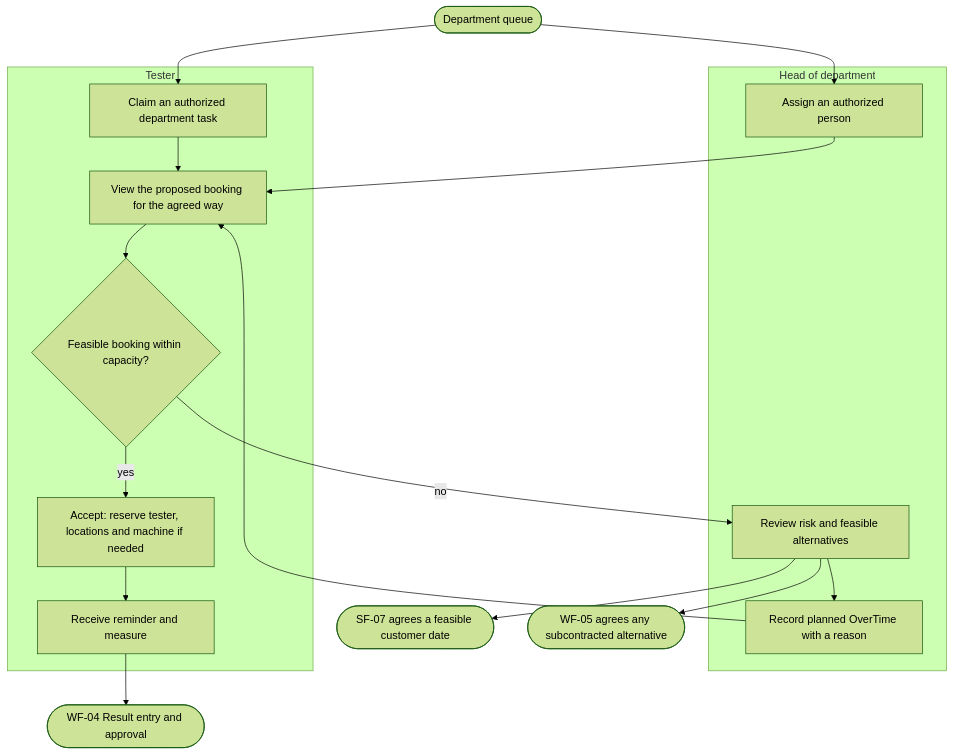
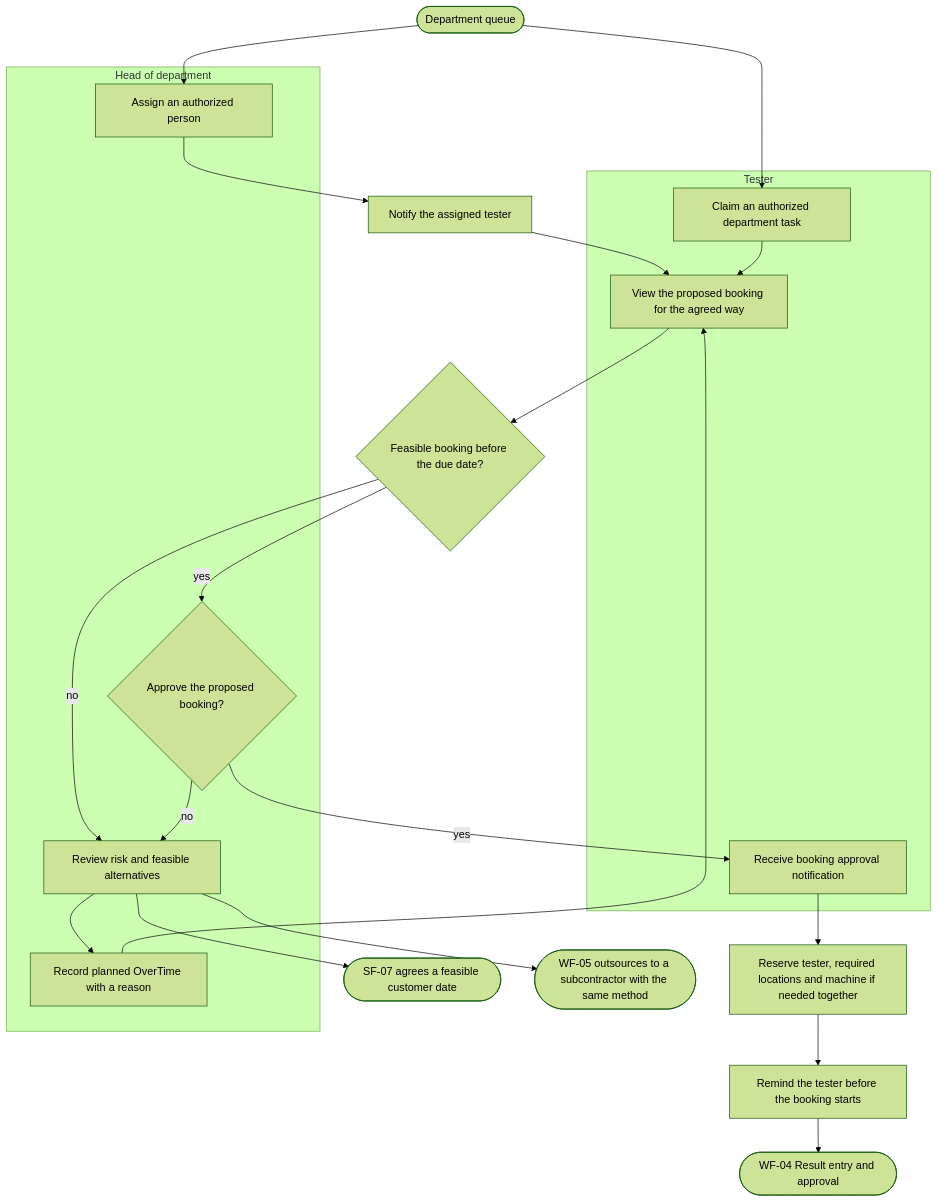
One commit to SoltuneMontepre/medilab changed the third of 17 diagrams in docs/functional/business-flows.md. Above: the diagram before and after it, drawn with Mermaid (forest theme). The commit also changed other lines of this file and 122 other files, not shown here.

First line of the commit message:
[docs] Align the requirements with the final activity diagrams and BM04 v1.1 (#551)

````diff
--- a/docs/functional/business-flows.md
+++ b/docs/functional/business-flows.md
@@ -137,21 +147,25 @@
 ```mermaid
 flowchart TD
     subgraph lane8 ["Head of department"]
         h1[Assign an authorized person]
+        approve{Approve the proposed booking?}
         h2[Review risk and feasible alternatives]
         h3[Record planned OverTime with a reason]
     end
     subgraph lane9 ["Tester"]
         t1[Claim an authorized department task]
-        t2[View the proposed booking for the agreed way] --> t3{Feasible booking within capacity?}
-        t3 -->|yes| t4[Accept: reserve tester, locations and machine if needed]
-        t4 --> t5[Receive reminder and measure]
+        t2[View the proposed booking for the agreed way]
+        t4[Receive booking approval notification]
     end
-    queue([Department queue]) --> h1 --> t2
+    queue([Department queue]) --> h1 --> notify[Notify the assigned tester] --> t2
     queue --> t1 --> t2
-    t3 -->|no| h2
+    t2 --> feasible{Feasible booking before the due date?}
+    feasible -->|yes| approve
+    feasible -->|no| h2
+    approve -->|yes| t4 --> reserve[Reserve tester, required locations and machine if needed together]
+    approve -->|no| h2
     h2 --> h3 --> t2
     h2 --> dates([SF-07 agrees a feasible customer date])
-    h2 --> outsource([WF-05 agrees any subcontracted alternative])
-    t5 --> wf04([WF-04 Result entry and approval])
+    h2 --> outsource([WF-05 outsources to a subcontractor with the same method])
+    reserve --> remind[Remind the tester before the booking starts] --> wf04([WF-04 Result entry and approval])
 ```
````
